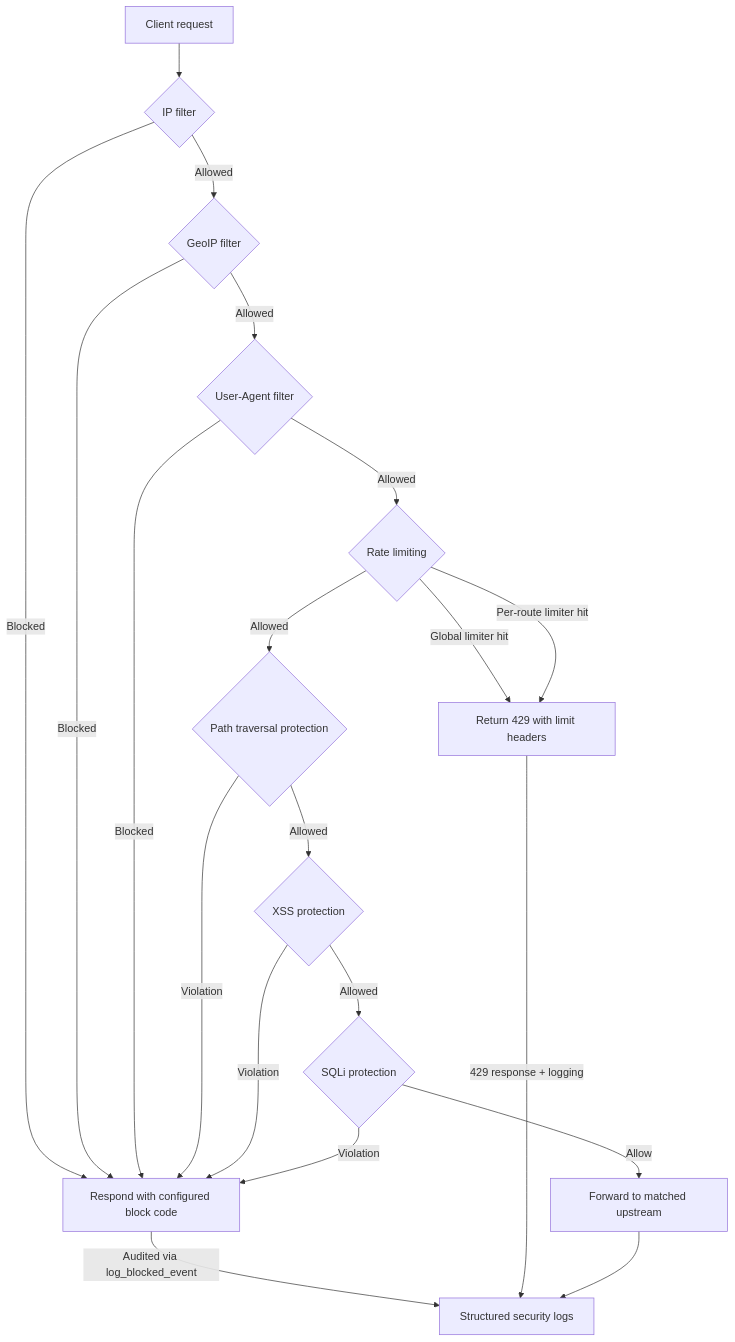
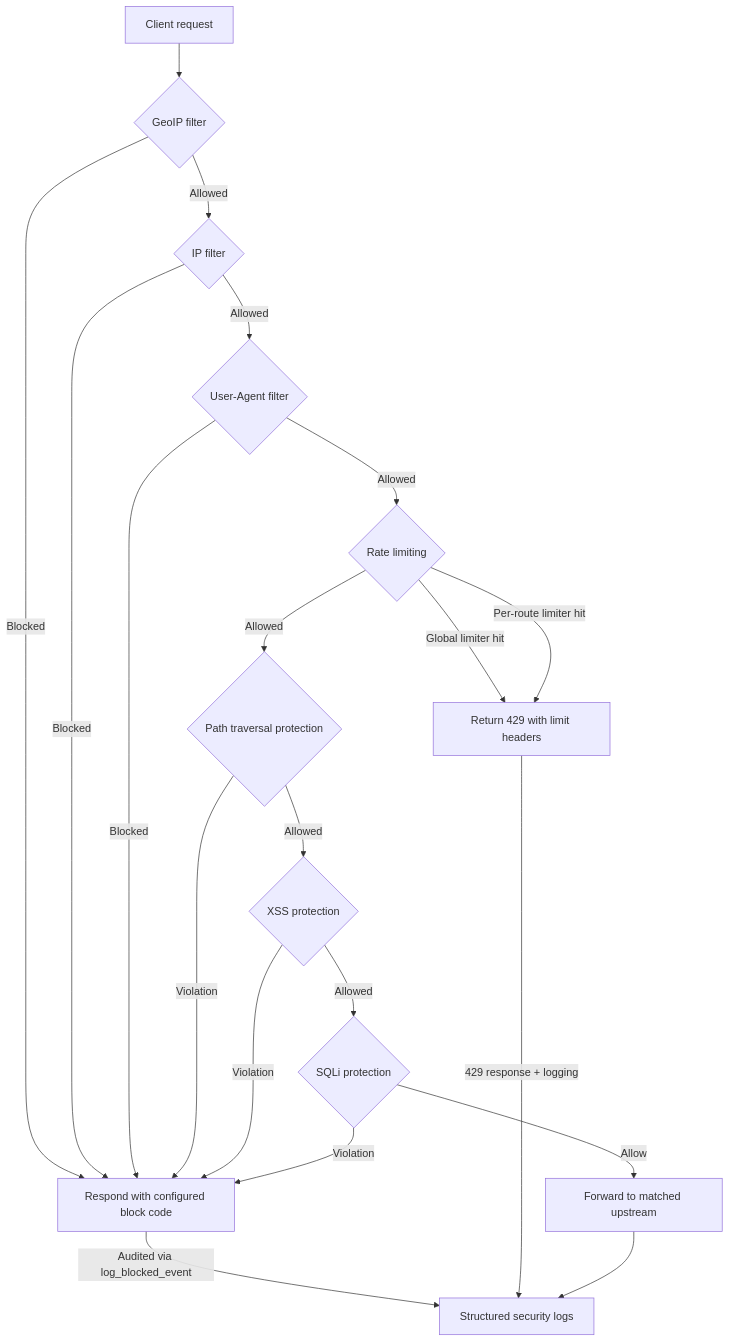
The second of 2 diagrams in README.md (siteslave/nurada-waf), drawn with Mermaid before and after one commit.

Commit message:
Refine WAF flowchart by updating the order of filters for improved request handling

````diff
--- a/README.md
+++ b/README.md
@@ -62,22 +62,22 @@
 ```mermaid
 flowchart TD
-  A[Client request] --> B{IP filter}
-  B -->|Blocked| Z1[Respond with configured block code]
-  B -->|Allowed| G1{GeoIP filter}
-  G1 -->|Blocked| Z1
-  G1 -->|Allowed| C{User-Agent filter}
+  A[Client request] --> G1{GeoIP filter}
+  G1 -->|Blocked| Z1[Respond with configured block code]
+  G1 -->|Allowed| B{IP filter}
+  B -->|Blocked| Z1
+  B -->|Allowed| C{User-Agent filter}
   C -->|Blocked| Z1
   C -->|Allowed| D{Rate limiting}
   D -->|Global limiter hit| Z2[Return 429 with limit headers]
   D -->|Per-route limiter hit| Z2
   D -->|Allowed| E{Path traversal protection}
   E -->|Violation| Z1
   E -->|Allowed| F{XSS protection}
   F -->|Violation| Z1
   F -->|Allowed| G{SQLi protection}
   G -->|Violation| Z1
   G -->|Allow| H[Forward to matched upstream]
   Z1 -->|Audited via log_blocked_event| I[Structured security logs]
   Z2 -->|429 response + logging| I
   H --> I
 ```
````
